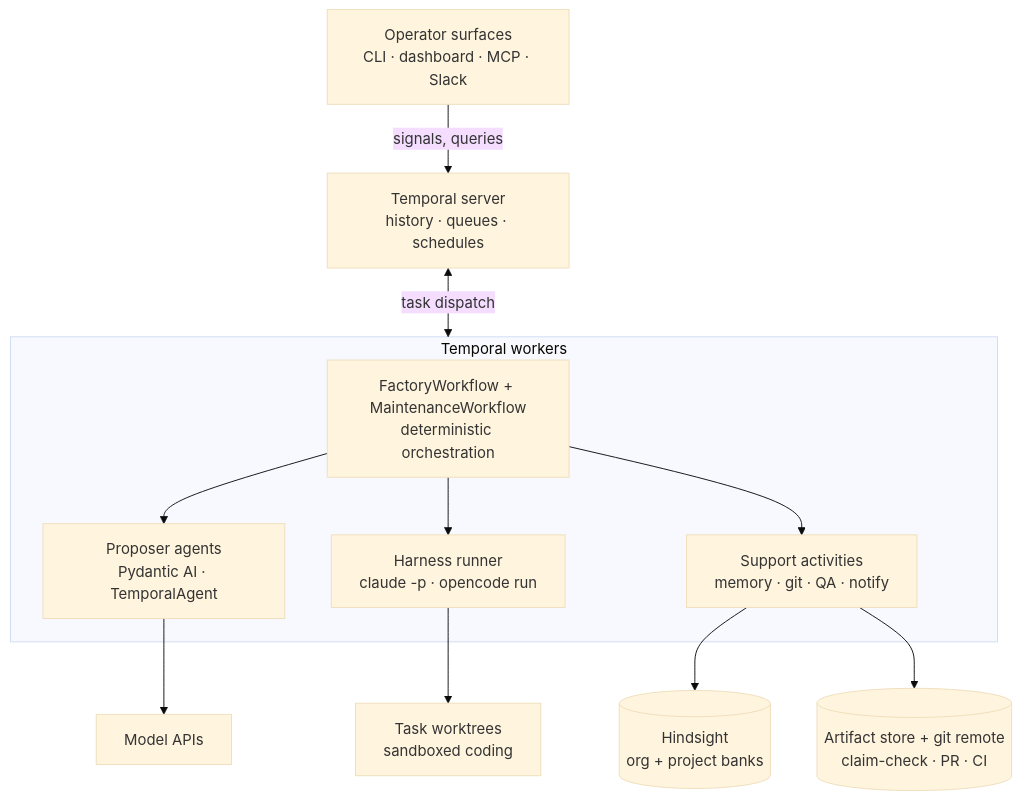
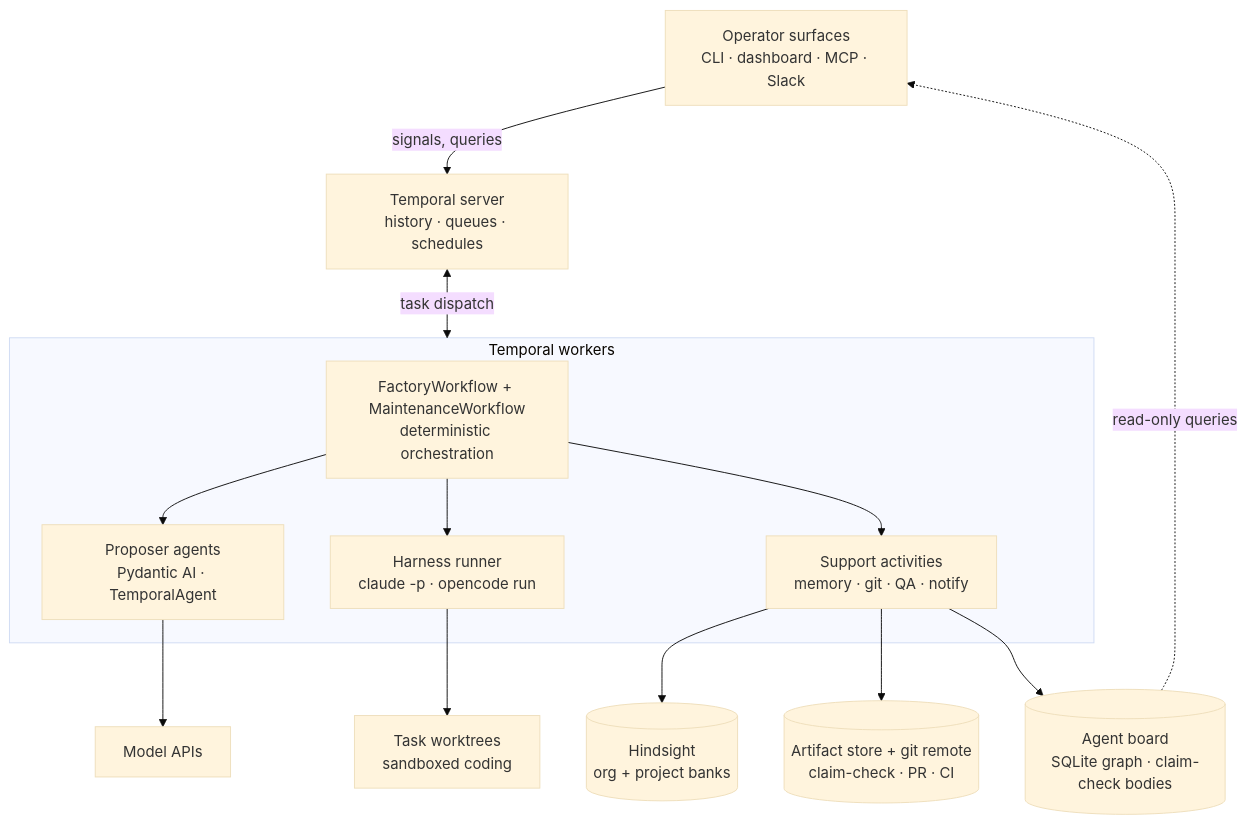
One commit to Kit-Kroker/Kroker changed the first of 3 diagrams in ARCHITECTURE.md. Above: the diagram before and after it, drawn with Mermaid (base theme). The commit also changed other lines of this file and 15 other files, not shown here.

````diff
--- a/ARCHITECTURE.md
+++ b/ARCHITECTURE.md
@@ -29,17 +30,19 @@
 ```mermaid
 flowchart TB
     OP[Operator surfaces<br/>CLI · dashboard · MCP · Slack] -->|signals, queries| TS[Temporal server<br/>history · queues · schedules]
     TS <-->|task dispatch| W
 
     subgraph W[Temporal workers]
         FW[FactoryWorkflow + MaintenanceWorkflow<br/>deterministic orchestration]
         FW --> PA[Proposer agents<br/>Pydantic AI · TemporalAgent]
         FW --> HR[Harness runner<br/>claude -p · opencode run]
         FW --> SA[Support activities<br/>memory · git · QA · notify]
     end
 
     HR --> WT[Task worktrees<br/>sandboxed coding]
     SA --> HS[(Hindsight<br/>org + project banks)]
     SA --> AR[(Artifact store + git remote<br/>claim-check · PR · CI)]
+    SA --> BD[(Agent board<br/>SQLite graph · claim-check bodies)]
+    BD -.->|read-only queries| OP
     PA --> LLM[Model APIs]
 ```
````
